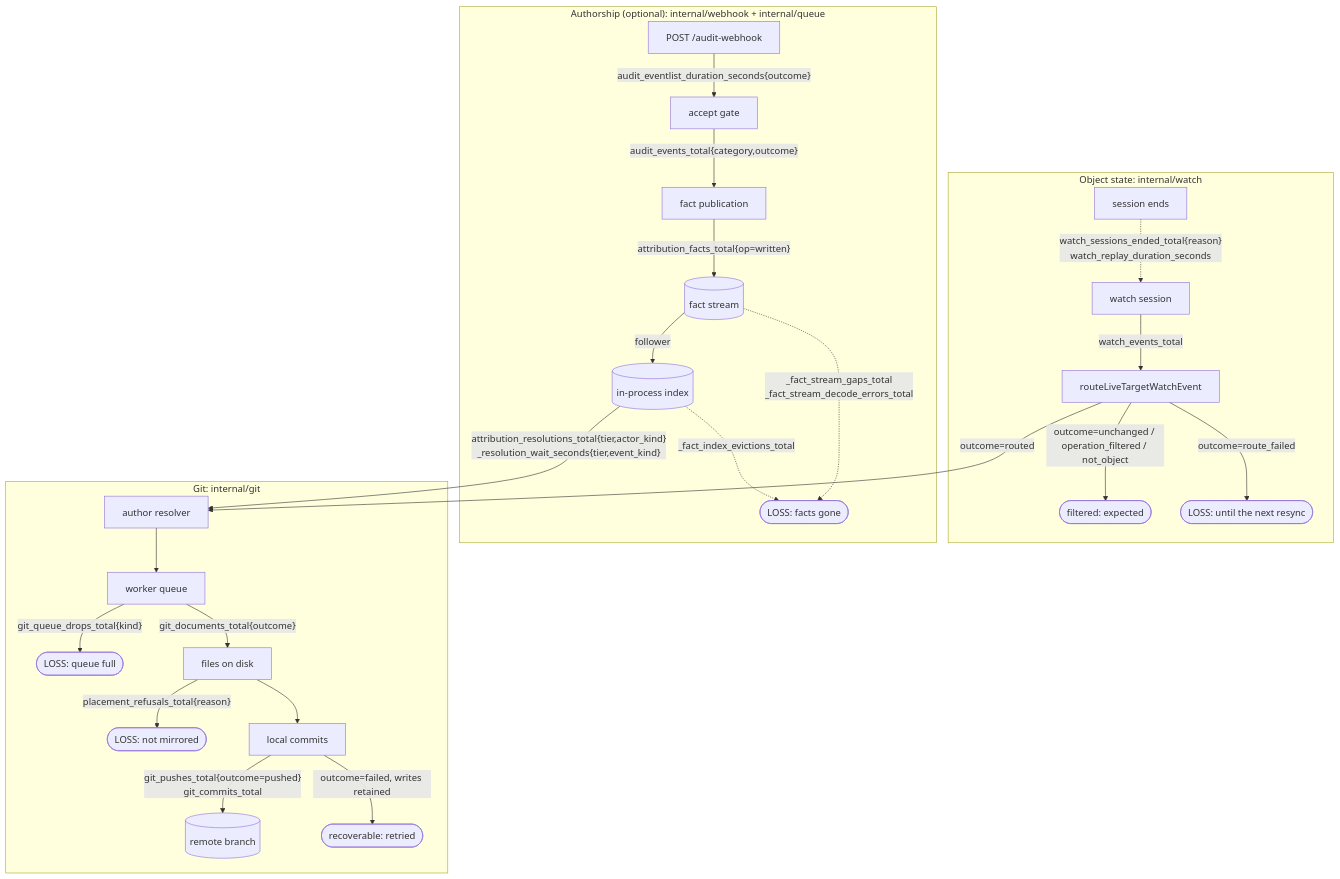
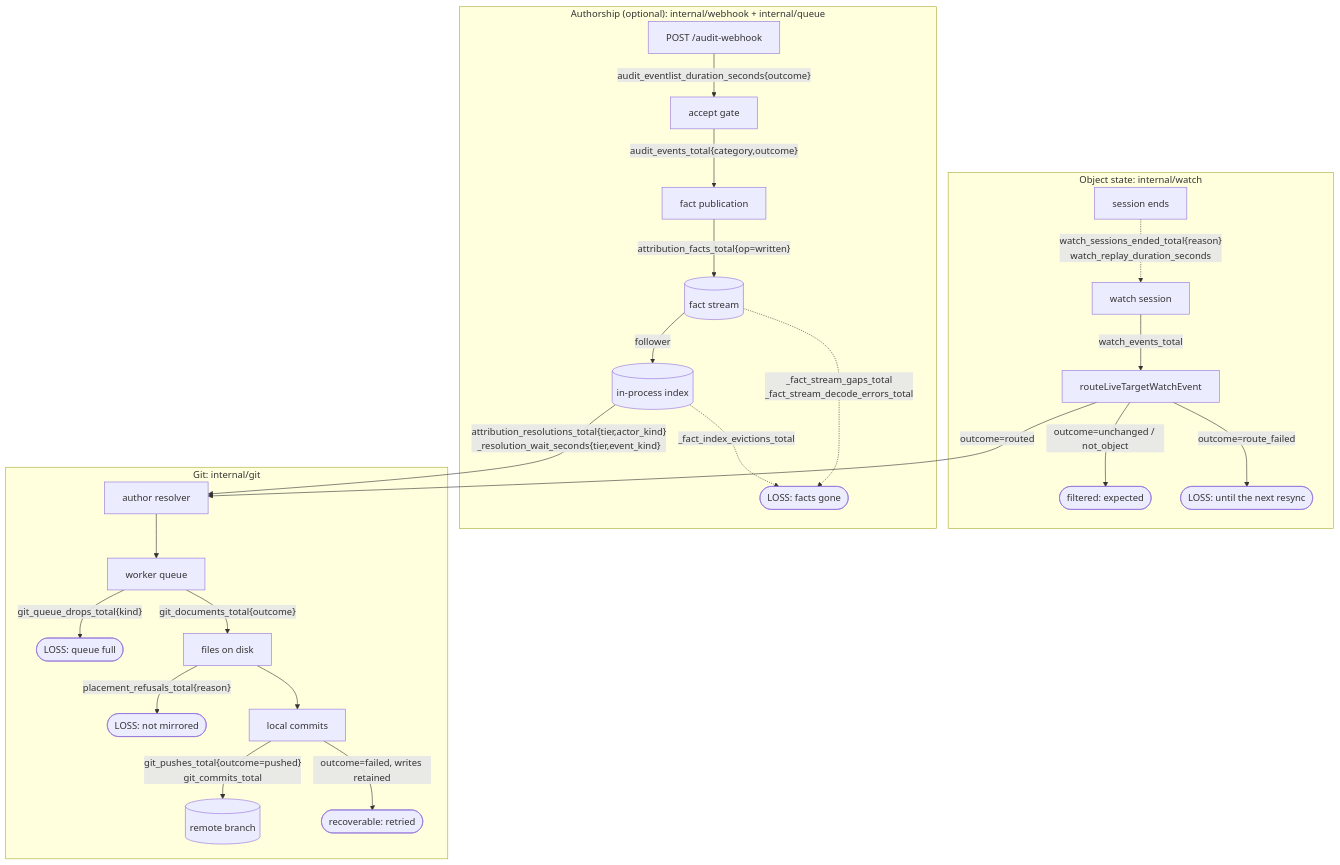
Before and after one commit to ConfigButler/gitops-reverser: the diagram in docs/design/metrics-observability-plan.md, drawn with Mermaid. The commit also changed other lines of this file and 118 other files, not shown here.

````diff
--- a/docs/design/metrics-observability-plan.md
+++ b/docs/design/metrics-observability-plan.md
@@ -261,28 +261,28 @@
 ```mermaid
 flowchart TB
     subgraph WATCHPATH["Object state: internal/watch"]
         W["watch session"] -->|"watch_events_total"| R["routeLiveTargetWatchEvent"]
         WS["session ends"] -.->|"watch_sessions_ended_total{reason}<br/>watch_replay_duration_seconds"| W
-        R -->|"outcome=unchanged / operation_filtered / not_object"| DROPF(["filtered: expected"])
+        R -->|"outcome=unchanged / not_object"| DROPF(["filtered: expected"])
         R -->|"outcome=route_failed"| DROPR(["LOSS: until the next resync"])
     end
     subgraph AUDITPATH["Authorship (optional): internal/webhook + internal/queue"]
         A["POST /audit-webhook"] -->|"audit_eventlist_duration_seconds{outcome}"| AG["accept gate"]
         AG -->|"audit_events_total{category,outcome}"| AF["fact publication"]
         AF -->|"attribution_facts_total{op=written}"| AS[("fact stream")]
         AS -->|"follower"| AI[("in-process index")]
         AS -.->|"_fact_stream_gaps_total<br/>_fact_stream_decode_errors_total"| ALOSS(["LOSS: facts gone"])
         AI -.->|"_fact_index_evictions_total"| ALOSS
     end
     R -->|"outcome=routed"| RES["author resolver"]
     AI -->|"attribution_resolutions_total{tier,actor_kind}<br/>_resolution_wait_seconds{tier,event_kind}"| RES
     subgraph GITPATH["Git: internal/git"]
         RES --> Q["worker queue"]
         Q -->|"git_queue_drops_total{kind}"| DROPQ(["LOSS: queue full"])
         Q -->|"git_documents_total{outcome}"| F["files on disk"]
         F -->|"placement_refusals_total{reason}"| DROPP(["LOSS: not mirrored"])
         F --> C["local commits"]
         C -->|"git_pushes_total{outcome=pushed}<br/>git_commits_total"| G[("remote branch")]
         C -->|"outcome=failed, writes retained"| RETRY(["recoverable: retried"])
     end
 ```
````
